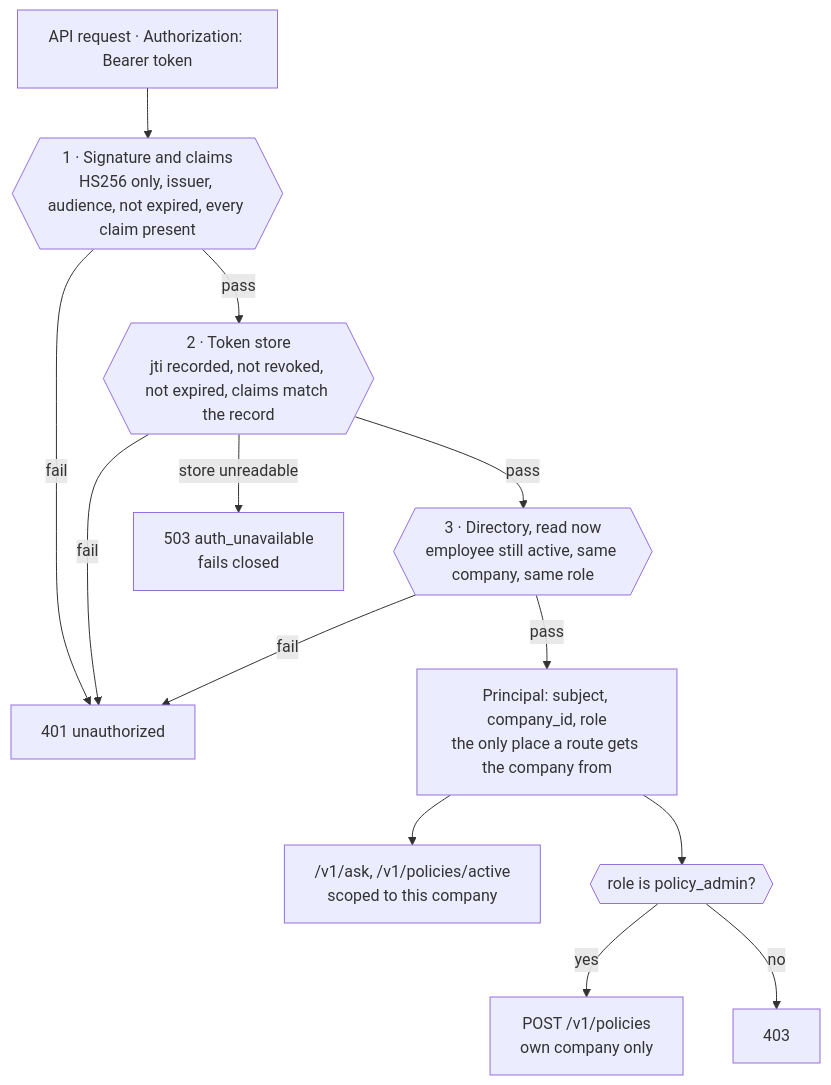
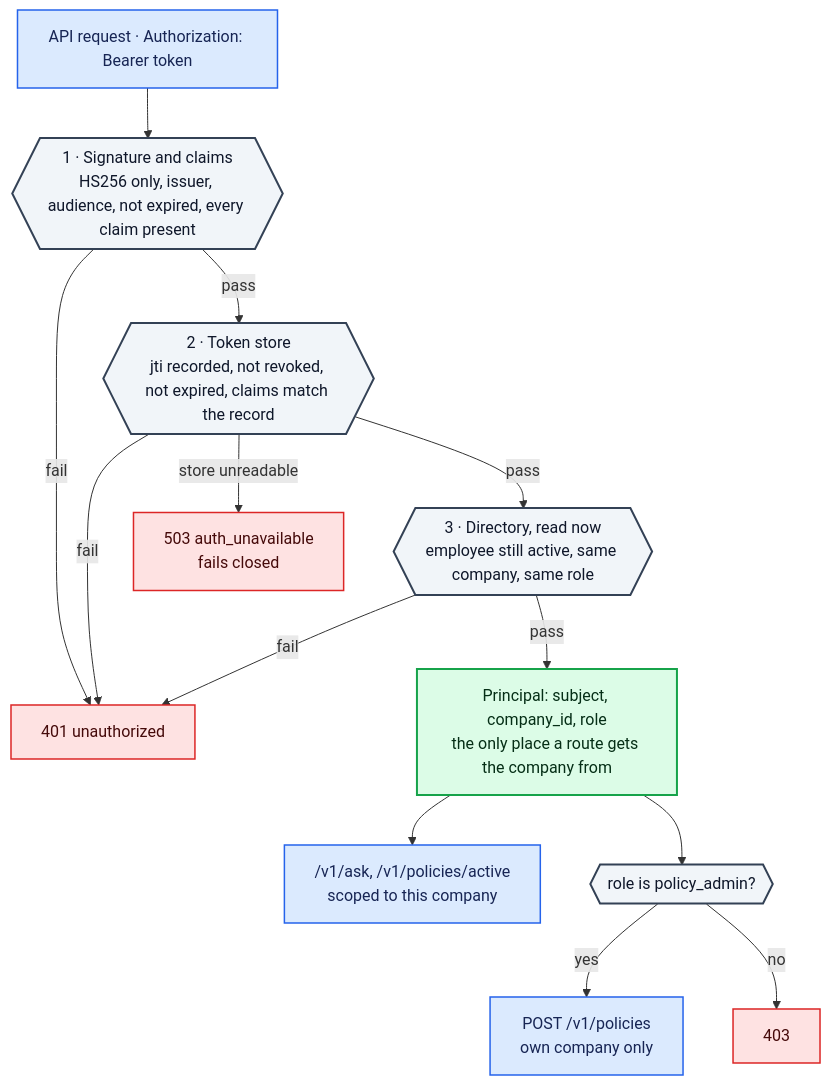
Before and after one commit to mrhello291/commute-policy-assistant: the fifth of 5 diagrams in README.md, drawn with Mermaid. The commit also changed other lines of this file, not shown here.

Commit message:
Colour the README diagrams by what each box is

````diff
--- a/README.md
+++ b/README.md
@@ -479,15 +512,24 @@
 ```mermaid
 flowchart TD
     R["API request · Authorization: Bearer token"] --> V{{"1 · Signature and claims<br/>HS256 only, issuer, audience, not expired, every claim present"}}
     V -->|"fail"| X["401 unauthorized"]
     V -->|"pass"| S{{"2 · Token store<br/>jti recorded, not revoked, not expired, claims match the record"}}
     S -->|"fail"| X
     S -->|"store unreadable"| U["503 auth_unavailable<br/>fails closed"]
     S -->|"pass"| D{{"3 · Directory, read now<br/>employee still active, same company, same role"}}
     D -->|"fail"| X
     D -->|"pass"| P["Principal: subject, company_id, role<br/>the only place a route gets the company from"]
     P --> ASK["/v1/ask, /v1/policies/active<br/>scoped to this company"]
     P --> ADM{{"role is policy_admin?"}}
     ADM -->|"yes"| UP["POST /v1/policies<br/>own company only"]
     ADM -->|"no"| F["403"]
+
+    classDef api fill:#dbeafe,stroke:#2563eb,stroke-width:1.5px,color:#172554
+    classDef gate fill:#f1f5f9,stroke:#334155,stroke-width:2px,color:#0f172a
+    classDef ok fill:#dcfce7,stroke:#16a34a,stroke-width:2px,color:#052e16
+    classDef bad fill:#fee2e2,stroke:#dc2626,stroke-width:1.5px,color:#450a0a
+    class R,ASK,UP api
+    class V,S,D,ADM gate
+    class P ok
+    class X,U,F bad
 ```
````
